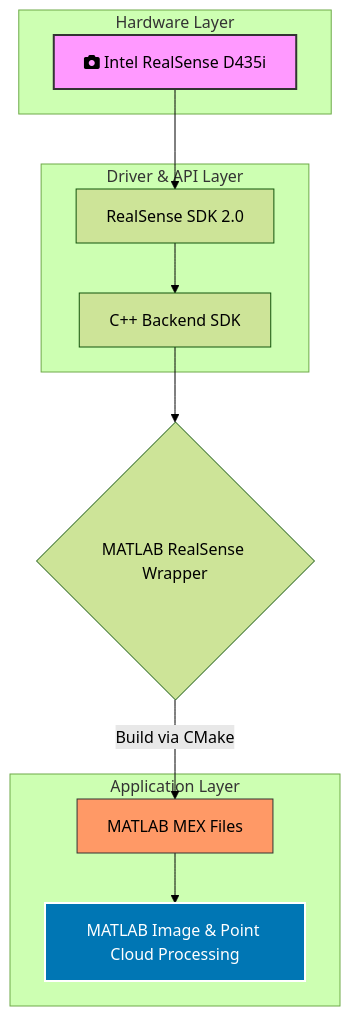
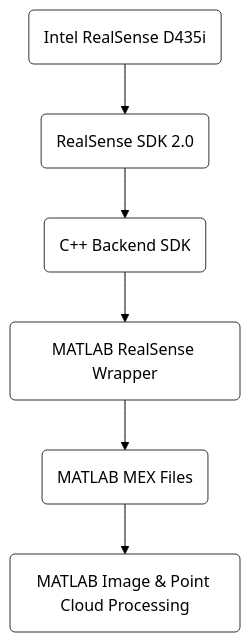
Before and after one commit to jiratarij/Realsense-3D-Object-Tracking-MATLAB: the diagram in docs/configuration.md, drawn with Mermaid (forest theme). The commit also changed other lines of this file, not shown here.

Commit message:
Refactor mermaid diagram in configuration.md
Updated the mermaid diagram for clarity and style improvements.

````diff
--- a/docs/configuration.md
+++ b/docs/configuration.md
@@ -28,29 +28,17 @@
 ```mermaid
 graph TD
-    %% การกำหนดโหนดและข้อความ
-    A[fa:fa-camera Intel RealSense D435i] --> B[RealSense SDK 2.0]
-    B --> C[C++ Backend SDK]
-    C --> D{MATLAB RealSense Wrapper}
-    D -->|Build via CMake| E[MATLAB MEX Files]
-    E --> F[MATLAB Image & Point Cloud Processing]
-    
-    %% การจัดกลุ่มส่วนประกอบ
-    subgraph Hardware_Layer [Hardware Layer]
-    A
-    end
+    %% Node Definitions - ใช้ ( ) เพื่อให้เป็นกล่องสี่เหลี่ยมมุมมน
+    A(Intel RealSense D435i) --> B(RealSense SDK 2.0)
+    B --> C(C++ Backend SDK)
+    C --> D(MATLAB RealSense Wrapper)
+    D --> E(MATLAB MEX Files)
+    E --> F(MATLAB Image & Point Cloud Processing)
 
-    subgraph Driver_Layer [Driver & API Layer]
-    B
-    C
-    end
-
-    subgraph Software_Layer [Application Layer]
-    E
-    F
-    end
-
-    %% การตกแต่งสีสัน
-    style A fill:#f9f,stroke:#333,stroke-width:2px
-    style F fill:#0076b4,stroke:#fff,stroke-width:2px,color:#fff
-    style E fill:#f96,stroke:#333
+    %% สไตล์เสริมเพื่อให้ขอบชัดเจนและเรียบง่าย
+    style A fill:none,stroke:#333,stroke-width:1px
+    style B fill:none,stroke:#333,stroke-width:1px
+    style C fill:none,stroke:#333,stroke-width:1px
+    style D fill:none,stroke:#333,stroke-width:1px
+    style E fill:none,stroke:#333,stroke-width:1px
+    style F fill:none,stroke:#333,stroke-width:1px
 ```    
````
